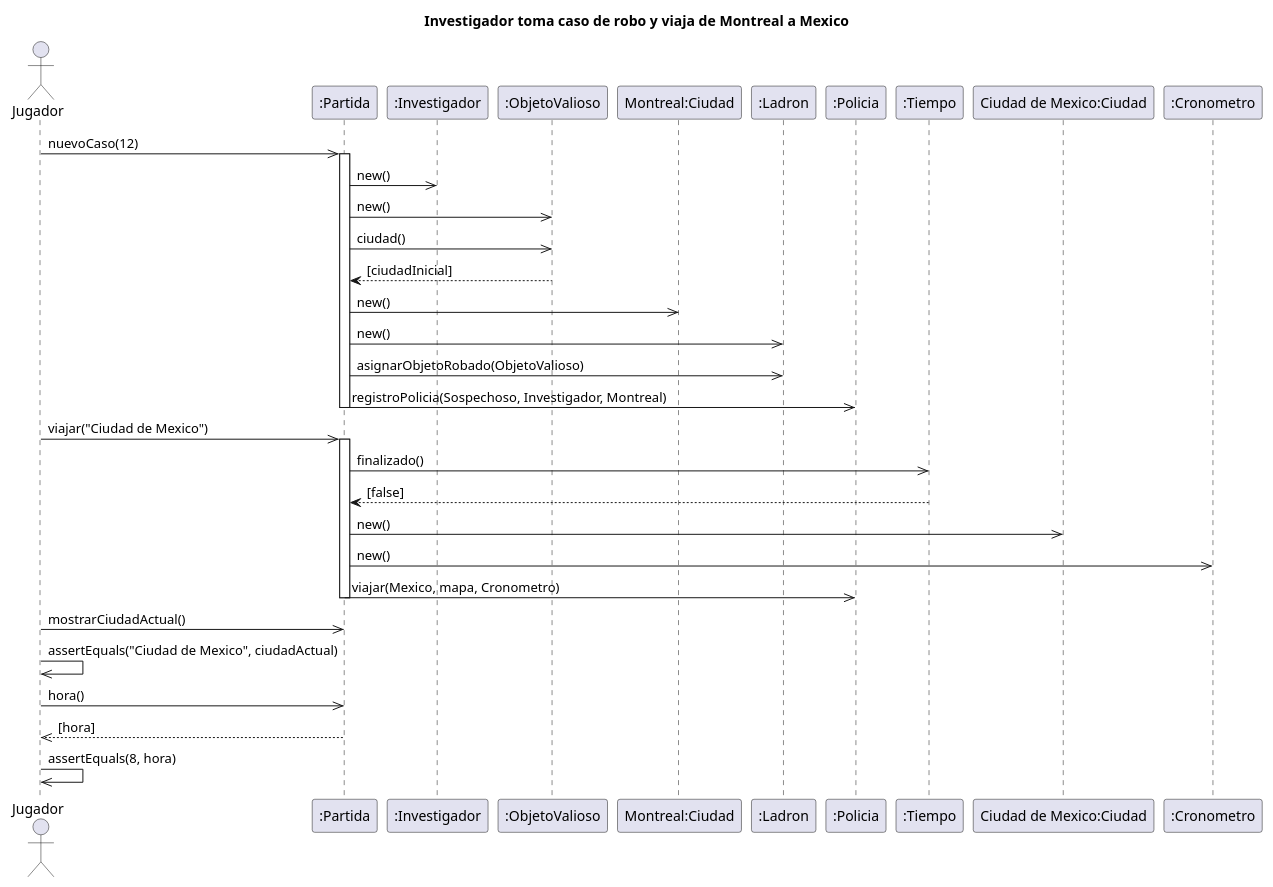
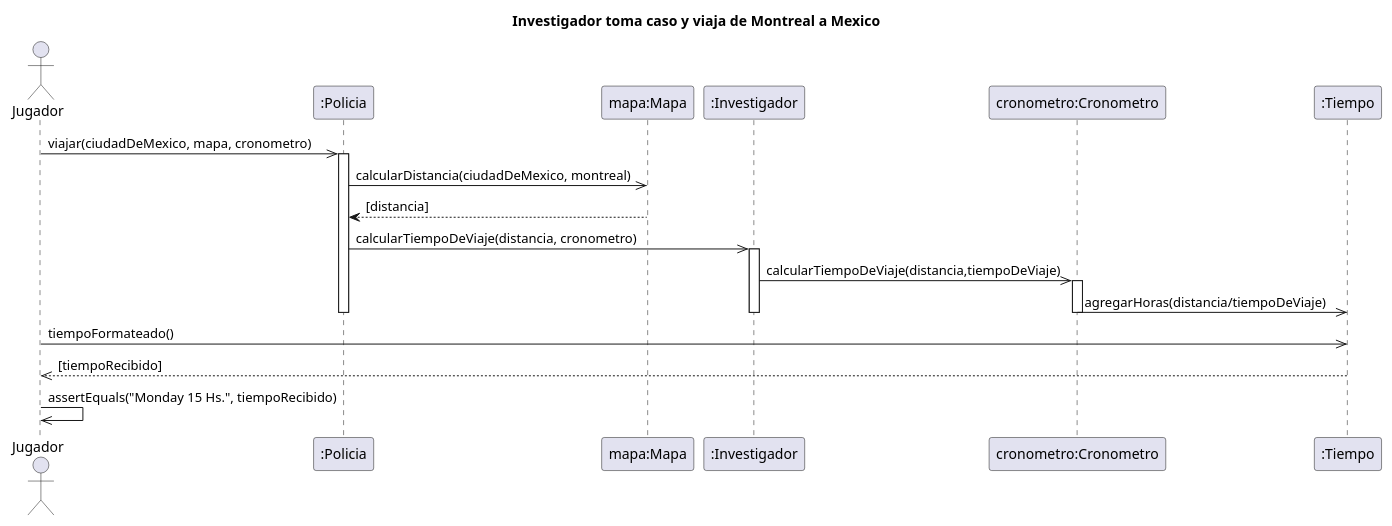
The diagram in diagrams/sequences/entrega2/DS_InvestigadorTomaCasoYViajaDeMontrealAMexico.puml (kmu01/Algo3_tp2), drawn with PlantUML before and after one commit. The commit also changed 3 other files, not shown here.

```diff
--- a/diagrams/sequences/entrega2/DS_InvestigadorTomaCasoYViajaDeMontrealAMexico.puml
+++ b/diagrams/sequences/entrega2/DS_InvestigadorTomaCasoYViajaDeMontrealAMexico.puml
@@ -1,40 +1,26 @@
 @startuml
-title Investigador toma caso de robo y viaja de Montreal a Mexico
+title Investigador toma caso y viaja de Montreal a Mexico
 
 actor "Jugador" as AlgoThief
-participant ":Partida" as Partida
+participant ":Policia" as Policia
+participant "mapa:Mapa" as Mapa
 participant ":Investigador" as Grado
-participant ":ObjetoValioso" as ObjetoRobado
-participant "Montreal:Ciudad" as Ciudad
-participant ":Ladron" as Ladron
-participant ":Policia" as Policia
+participant "cronometro:Cronometro" as Cronometro
 participant ":Tiempo" as Tiempo
-participant "Ciudad de Mexico:Ciudad" as Mexico
-participant ":Cronometro" as Cronometro
+AlgoThief ->> Policia : viajar(ciudadDeMexico, mapa, cronometro)
+activate Policia
+    Policia ->> Mapa : calcularDistancia(ciudadDeMexico, montreal)
+    Mapa --> Policia : [distancia]
+    Policia ->> Grado : calcularTiempoDeViaje(distancia, cronometro)
+    activate Grado
+        Grado ->> Cronometro : calcularTiempoDeViaje(distancia,tiempoDeViaje)
+        activate Cronometro
+            Cronometro ->> Tiempo : agregarHoras(distancia/tiempoDeViaje)
+        deactivate Cronometro
+    deactivate Grado
+deactivate Policia
+AlgoThief ->> Tiempo : tiempoFormateado()
+return[tiempoRecibido]
 
-AlgoThief ->> Partida : nuevoCaso(12)
-activate Partida
-    Partida ->> Grado : new()
-    Partida ->> ObjetoRobado : new()
-    Partida ->> ObjetoRobado : ciudad()
-    ObjetoRobado --> Partida : [ciudadInicial]
-    Partida ->> Ciudad : new()
-    Partida ->> Ladron : new()
-    Partida ->> Ladron : asignarObjetoRobado(ObjetoValioso)
-    Partida ->> Policia : registroPolicia(Sospechoso, Investigador, Montreal)
-deactivate Partida
-
-AlgoThief ->> Partida : viajar("Ciudad de Mexico")
-activate Partida
-Partida ->> Tiempo : finalizado()
-Tiempo --> Partida : [false]
-Partida ->> Mexico : new()
-Partida ->> Cronometro : new()
-Partida ->> Policia : viajar(Mexico, mapa, Cronometro)
-deactivate Partida
-AlgoThief ->> Partida : mostrarCiudadActual()
-AlgoThief ->> AlgoThief : assertEquals("Ciudad de Mexico", ciudadActual)
-AlgoThief ->> Partida : hora()
-return [hora]
-AlgoThief ->> AlgoThief : assertEquals(8, hora)
+AlgoThief ->> AlgoThief : assertEquals("Monday 15 Hs.", tiempoRecibido)
 @enduml
```
